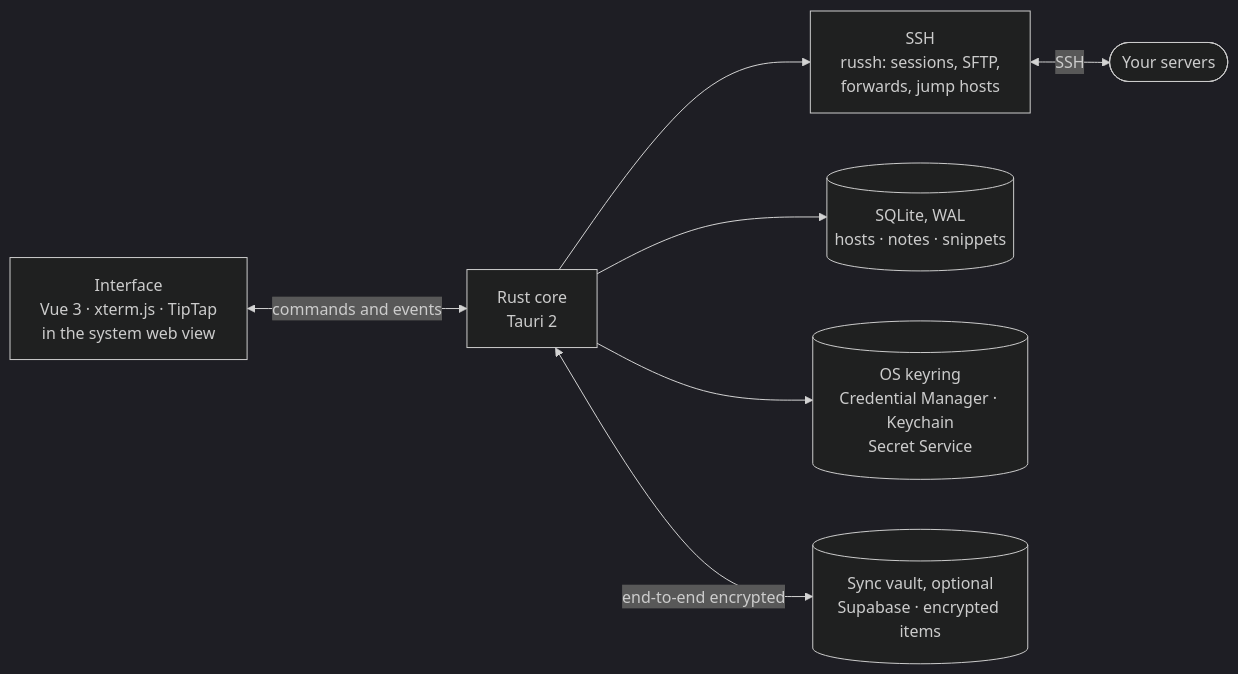
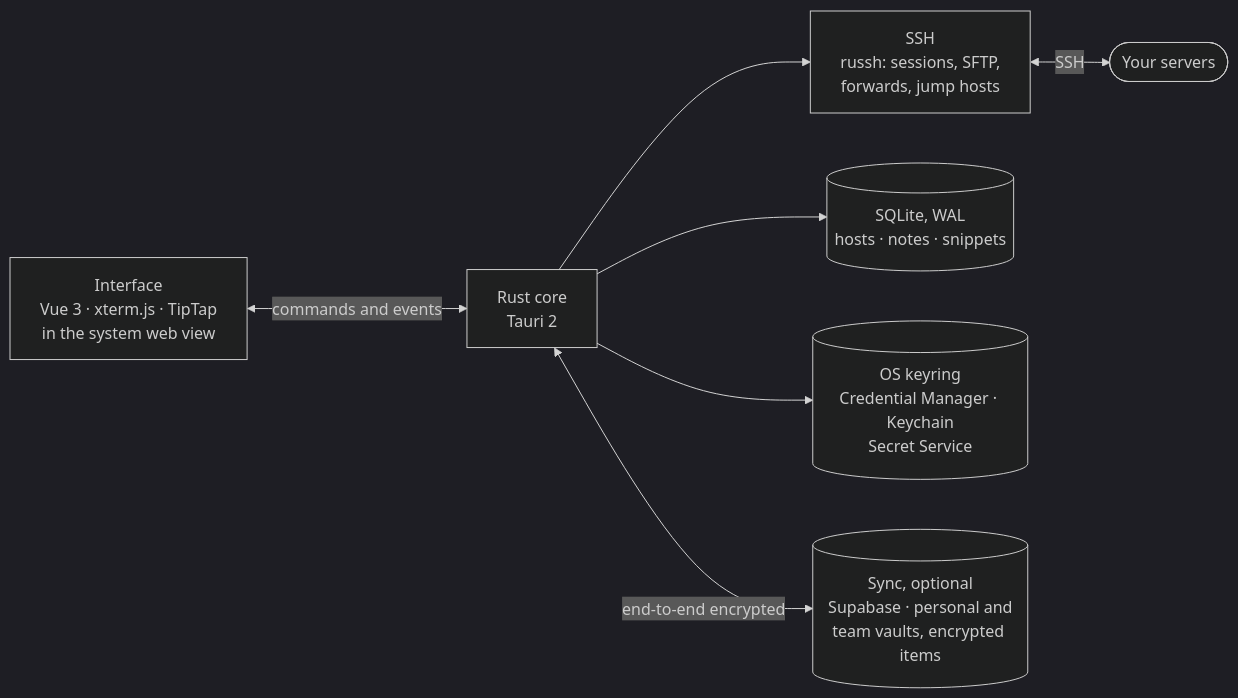
The diagram in README.md (adittanu/liteterm), drawn with Mermaid (dark theme) before and after one commit. The commit also changed other lines of this file and 4 other files, not shown here.

Commit message:
docs(teams): team vaults in the README and on the landing page

````diff
--- a/README.md
+++ b/README.md
@@ -138,17 +166,17 @@
 ```mermaid
 flowchart LR
     UI["Interface<br/>Vue 3 · xterm.js · TipTap<br/>in the system web view"]
     Core["Rust core<br/>Tauri 2"]
     SSH["SSH<br/>russh: sessions, SFTP,<br/>forwards, jump hosts"]
     DB[("SQLite, WAL<br/>hosts · notes · snippets")]
     Keys[("OS keyring<br/>Credential Manager · Keychain<br/>Secret Service")]
     Servers(["Your servers"])
-    Vault[("Sync vault, optional<br/>Supabase · encrypted items")]
+    Vault[("Sync, optional<br/>Supabase · personal and<br/>team vaults, encrypted items")]
 
     UI <-->|commands and events| Core
     Core --> SSH
     Core --> DB
     Core --> Keys
     SSH <-->|SSH| Servers
     Core <-->|end-to-end encrypted| Vault
 ```
````
